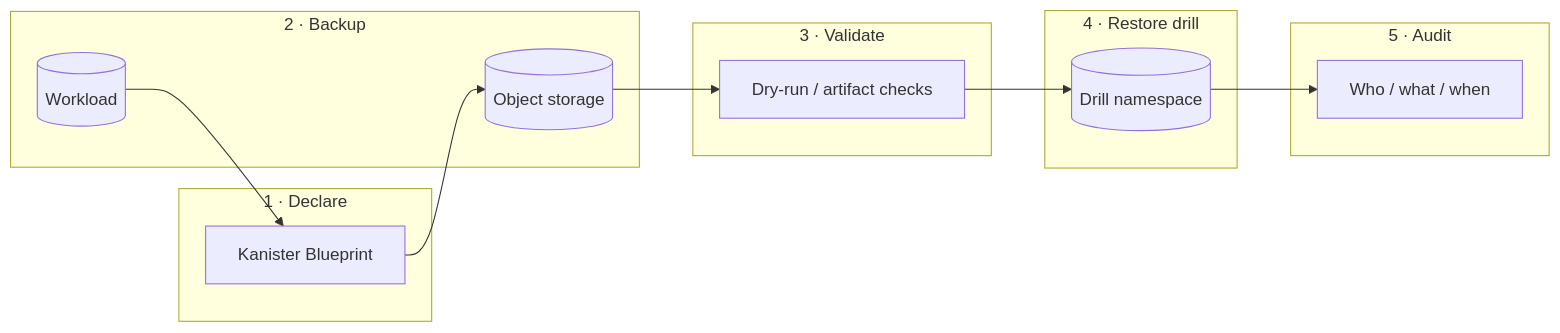
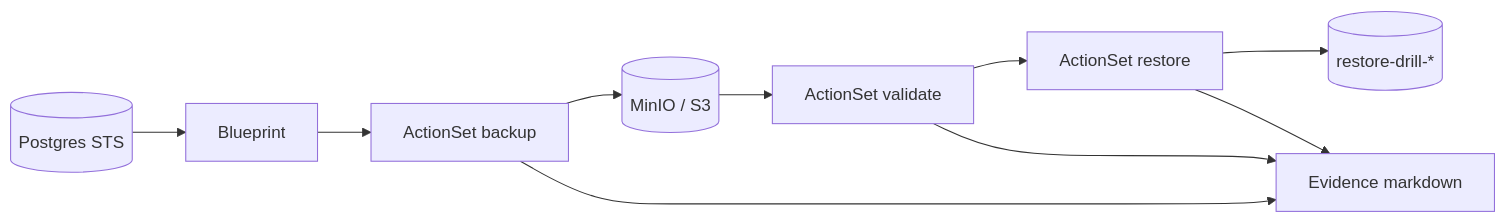
One commit to justrunme/kanister-backup-restore changed the diagram in README.md. Above: the diagram before and after it, drawn with Mermaid. The commit also changed other lines of this file and 19 other files, not shown here.

First line of the commit message:
feat: production Kanister drill with kando, MinIO, and validate loop

````diff
--- a/README.md
+++ b/README.md
@@ -27,27 +37,12 @@
 ```mermaid
 flowchart LR
-  subgraph Declare["1 · Declare"]
-    BP[Kanister Blueprint]
-  end
-
-  subgraph Backup["2 · Backup"]
-    Workload[(Workload)]
-    Obj[(Object storage)]
-    Workload --> BP --> Obj
-  end
-
-  subgraph Validate["3 · Validate"]
-    Dry[Dry-run / artifact checks]
-    Obj --> Dry
-  end
-
-  subgraph Drill["4 · Restore drill"]
-    Target[(Drill namespace)]
-    Dry --> Target
-  end
-
-  subgraph Audit["5 · Audit"]
-    Status[Who / what / when]
-    Target --> Status
-  end
+  Workload[(Postgres STS)] --> BP[Blueprint]
+  BP --> AS[ActionSet backup]
+  AS --> Obj[(MinIO / S3)]
+  Obj --> Val[ActionSet validate]
+  Val --> Drill[ActionSet restore]
+  Drill --> NS[(restore-drill-*)]
+  AS --> Ev[Evidence markdown]
+  Val --> Ev
+  Drill --> Ev
 ```
````
